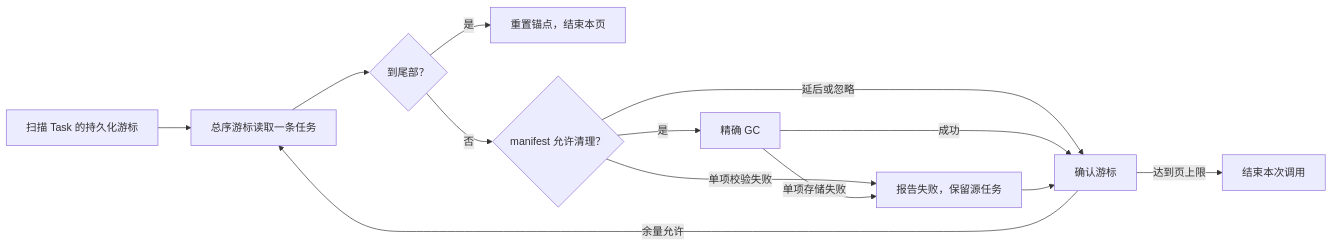
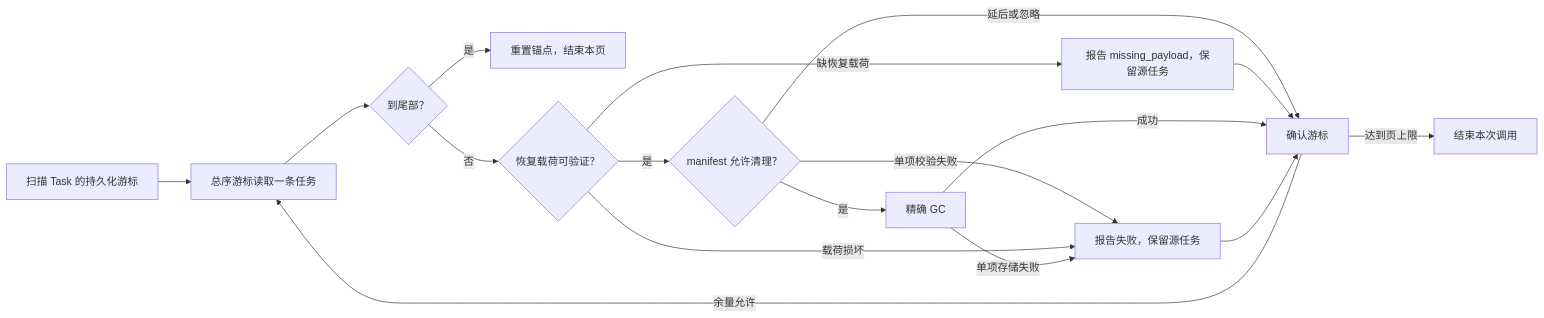
The diagram in docs/architecture.md (comet-7x/comet-rag), drawn with Mermaid before and after one commit. The commit also changed other lines of this file and 16 other files, not shown here.

````diff
--- a/docs/architecture.md
+++ b/docs/architecture.md
@@ -233,15 +233,19 @@
 ```mermaid
 flowchart LR
     C["扫描 Task 的持久化游标"] --> Q["总序游标读取一条任务"]
     Q --> E{"到尾部？"}
     E -->|是| R["重置锚点，结束本页"]
-    E -->|否| D{"manifest 允许清理？"}
+    E -->|否| P{"恢复载荷可验证？"}
+    P -->|是| D{"manifest 允许清理？"}
     D -->|是| G["精确 GC"]
     D -->|延后或忽略| A["确认游标"]
     D -->|单项校验失败| F["报告失败，保留源任务"]
+    P -->|缺恢复载荷| M["报告 missing_payload，保留源任务"]
+    P -->|载荷损坏| F
+    M --> A
     G -->|单项存储失败| F
     G -->|成功| A
     F --> A
     A -->|余量允许| Q
     A -->|达到页上限| X["结束本次调用"]
 ```
````
